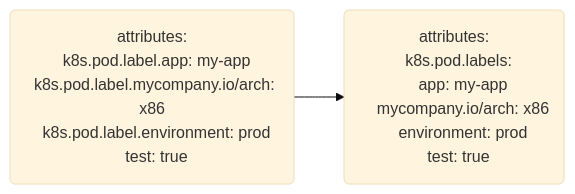
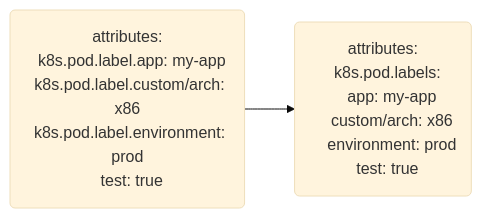
The diagram in code/reorganize-attributes-0-overview.mmd (evan-bradley/ottl-cookbook), drawn with Mermaid (base theme) before and after one commit. The commit also changed 10 other files, not shown here.

```diff
--- a/code/reorganize-attributes-0-overview.mmd
+++ b/code/reorganize-attributes-0-overview.mmd
@@ -1,15 +1,15 @@
 flowchart LR
     log0(attributes:
 &nbsp;&nbsp;k8s.pod.label.app: my-app
-&nbsp;&nbsp;k8s.pod.label.mycompany.io/arch: x86
+&nbsp;&nbsp;k8s.pod.label.custom/arch: x86
 &nbsp;&nbsp;k8s.pod.label.environment: prod
 &nbsp;&nbsp;test: true
     )
     log1(attributes:
 &nbsp;&nbsp;k8s.pod.labels:
 &nbsp;&nbsp;&nbsp;&nbsp;app: my-app
-&nbsp;&nbsp;&nbsp;&nbsp;mycompany.io/arch: x86
+&nbsp;&nbsp;&nbsp;&nbsp;custom/arch: x86
 &nbsp;&nbsp;&nbsp;&nbsp;environment: prod
 &nbsp;&nbsp;test: true
     )
     log0 --> log1
```
